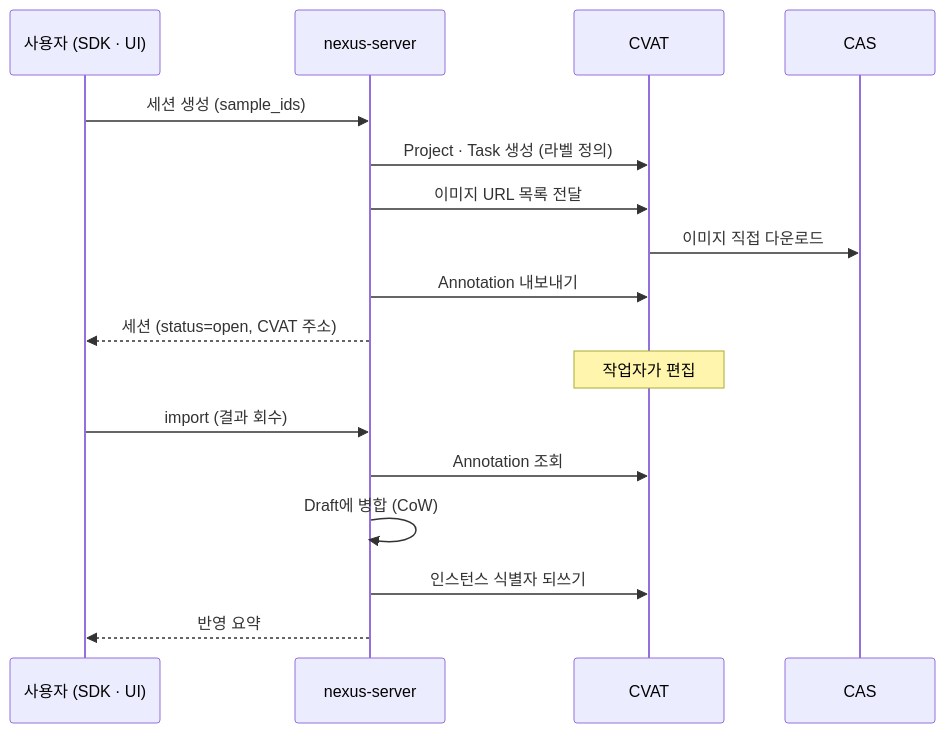
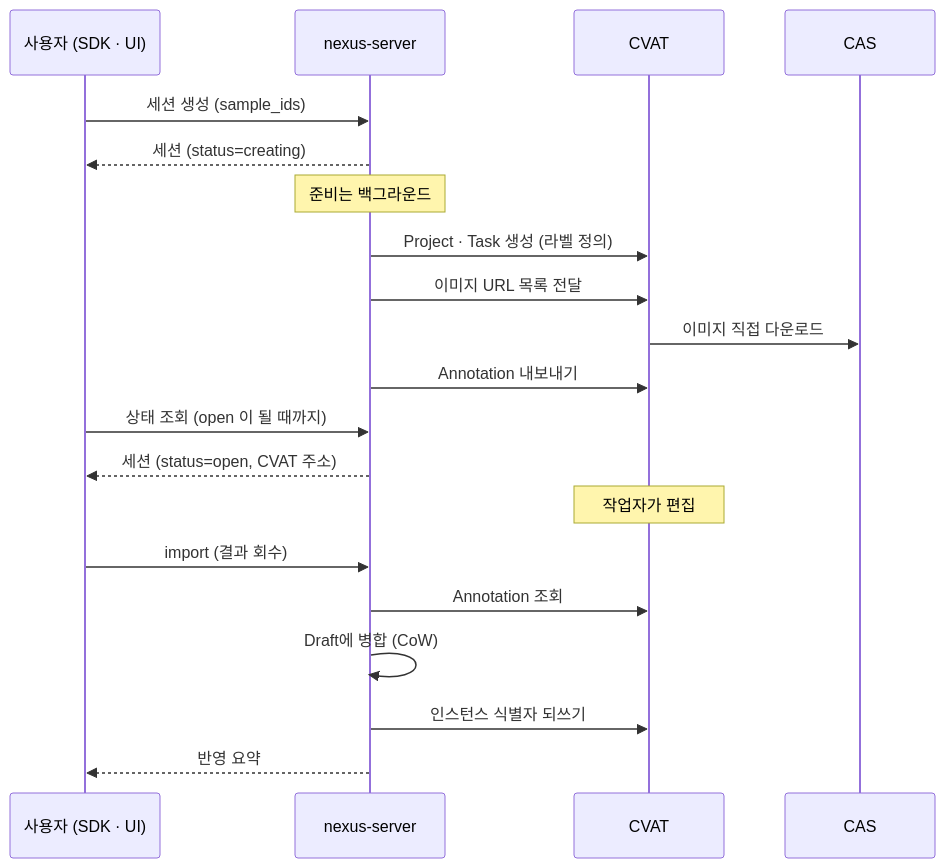
The fifth of 8 diagrams in charts/nexus-server/docs/architecture.md (int2nexus/cas-server), drawn with Mermaid before and after one commit. The commit also changed other lines of this file and 6 other files, not shown here.

````diff
--- a/charts/nexus-server/docs/architecture.md
+++ b/charts/nexus-server/docs/architecture.md
@@ -272,22 +273,25 @@
 ```mermaid
 sequenceDiagram
     participant U as 사용자 (SDK · UI)
     participant NX as nexus-server
     participant CV as CVAT
     participant CAS as CAS
 
     U->>NX: 세션 생성 (sample_ids)
+    NX-->>U: 세션 (status=creating)
+    Note over NX: 준비는 백그라운드
     NX->>CV: Project · Task 생성 (라벨 정의)
     NX->>CV: 이미지 URL 목록 전달
     CV->>CAS: 이미지 직접 다운로드
     NX->>CV: Annotation 내보내기
+    U->>NX: 상태 조회 (open 이 될 때까지)
     NX-->>U: 세션 (status=open, CVAT 주소)
 
     Note over CV: 작업자가 편집
 
     U->>NX: import (결과 회수)
     NX->>CV: Annotation 조회
     NX->>NX: Draft에 병합 (CoW)
     NX->>CV: 인스턴스 식별자 되쓰기
     NX-->>U: 반영 요약
 ```
````
